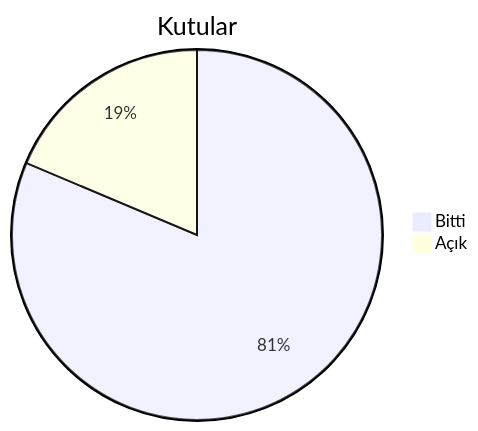
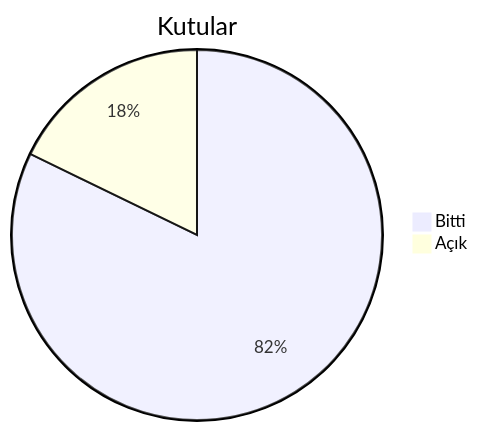
Before and after one commit to dogancanyildiz/kenet: the second of 4 diagrams in docs/roadmap.md, drawn with Mermaid. The commit also changed other lines of this file and 1 other file, not shown here.

````diff
--- a/docs/roadmap.md
+++ b/docs/roadmap.md
@@ -43,5 +43,5 @@
 ```mermaid
 pie title Kutular
-    "Bitti" : 96
-    "Açık" : 22
+    "Bitti" : 97
+    "Açık" : 21
 ```
````
